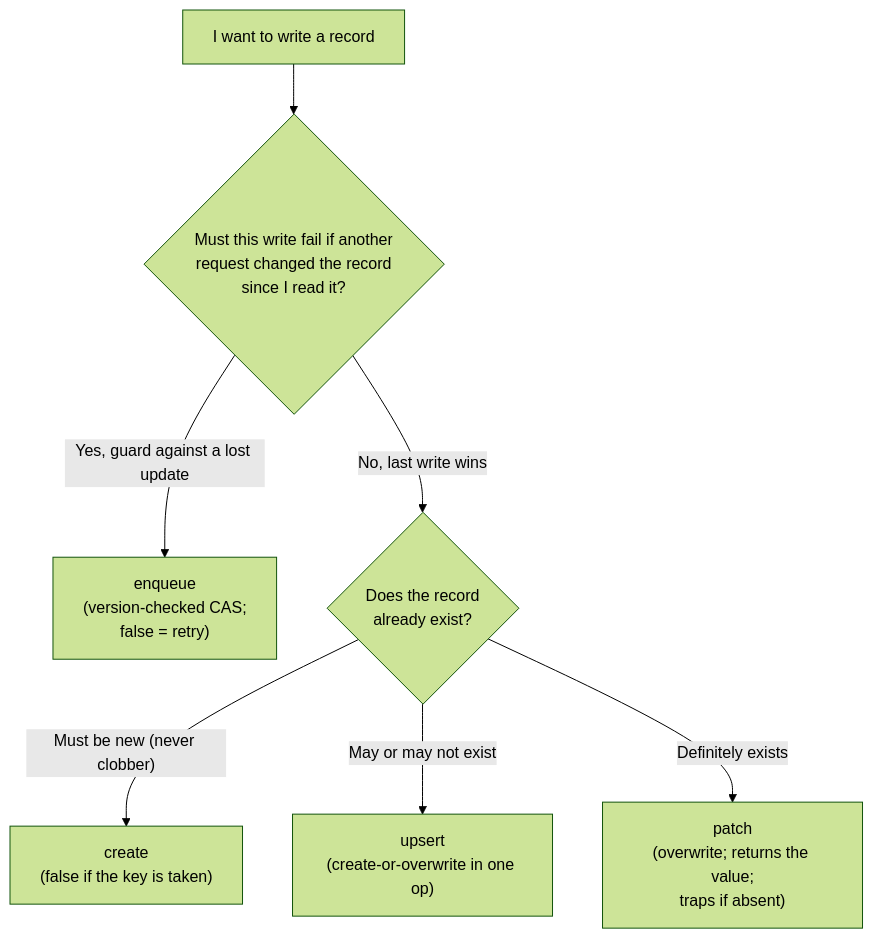
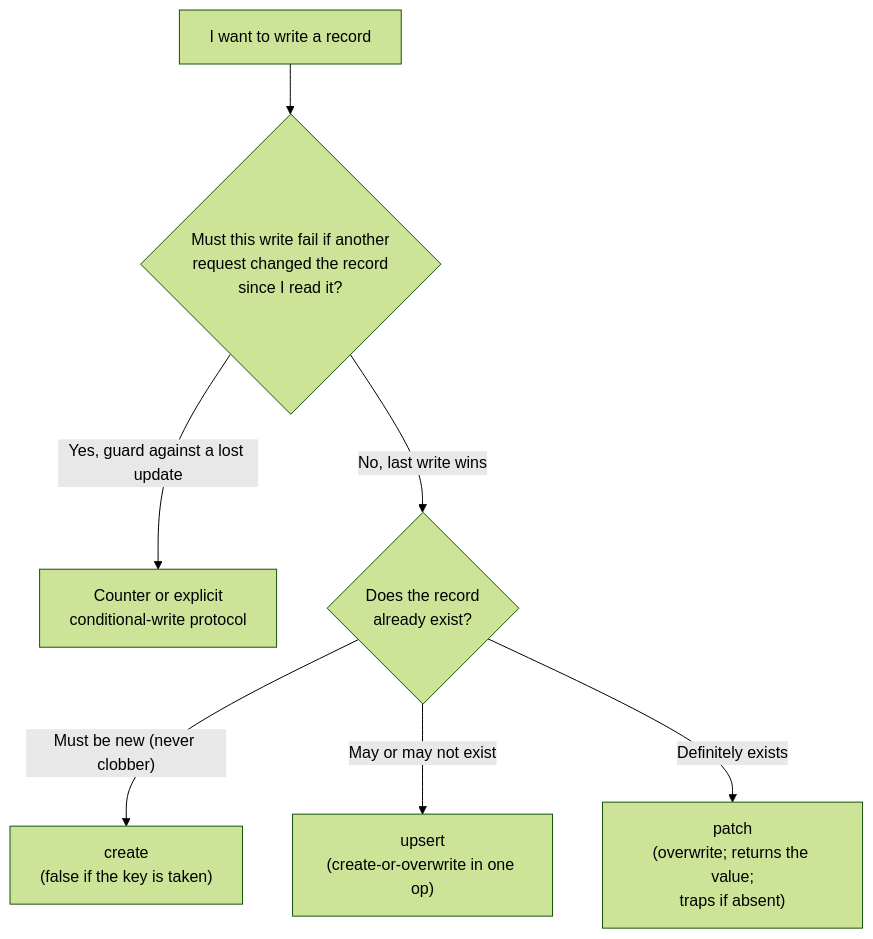
The diagram in docs/database/documents.md (dacely-cloud/toiljs), drawn with Mermaid (forest theme) before and after one commit. The commit also changed other lines of this file and 3 other files, not shown here.

Commit message:
Expose explicit conditional database writes in the development host

````diff
--- a/docs/database/documents.md
+++ b/docs/database/documents.md
@@ -87,9 +87,9 @@
 ```mermaid
 flowchart TD
     START["I want to write a record"] --> Q1{"Must this write fail if another<br/>request changed the record<br/>since I read it?"}
-    Q1 -->|"Yes, guard against a lost update"| ENQUEUE["enqueue<br/>(version-checked CAS;<br/>false = retry)"]
+    Q1 -->|"Yes, guard against a lost update"| ENQUEUE["Counter or explicit<br/>conditional-write protocol"]
     Q1 -->|"No, last write wins"| Q2{"Does the record<br/>already exist?"}
     Q2 -->|"Must be new (never clobber)"| CREATE["create<br/>(false if the key is taken)"]
     Q2 -->|"May or may not exist"| UPSERT["upsert<br/>(create-or-overwrite in one op)"]
     Q2 -->|"Definitely exists"| PATCH["patch<br/>(overwrite; returns the value;<br/>traps if absent)"]
 ```
````
